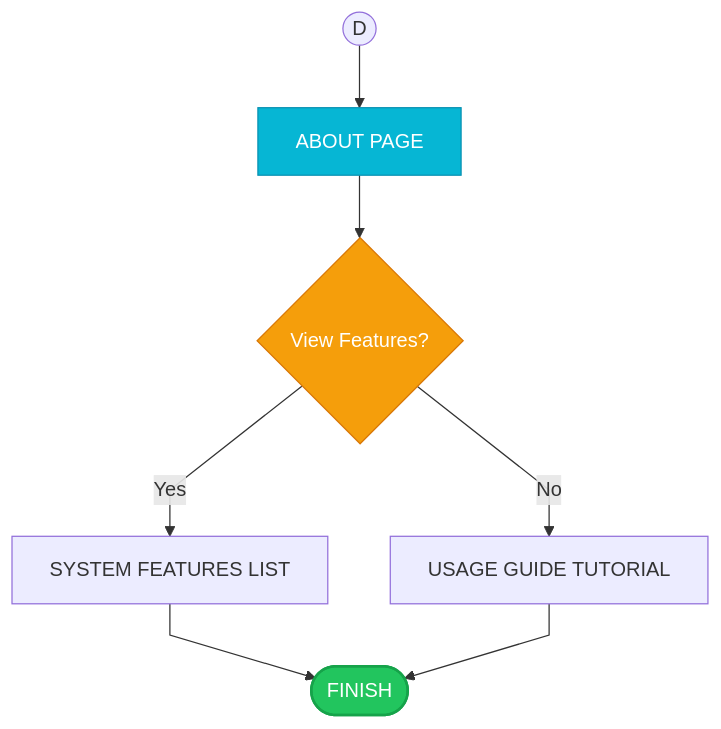
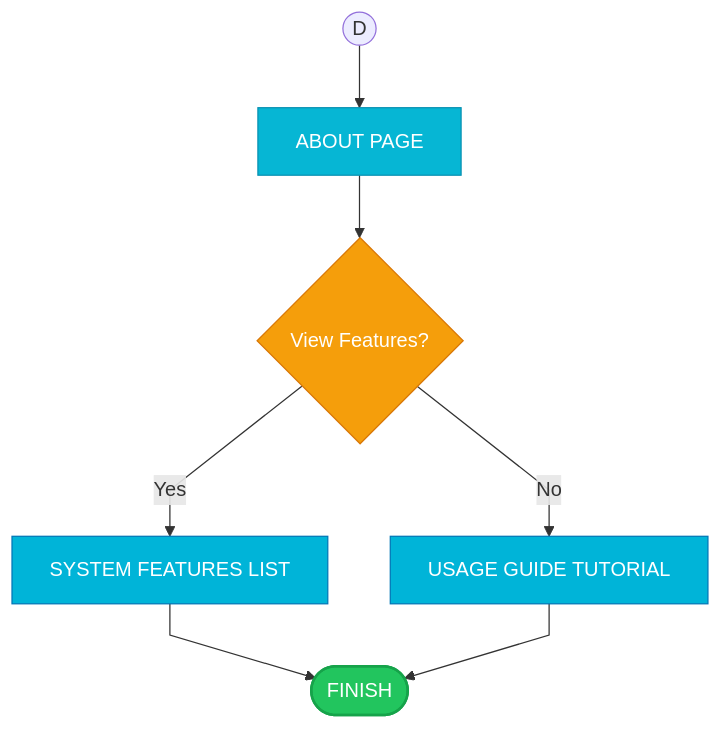
One commit to Yui1003/iCCAT changed the fifth of 8 diagrams in iCCAT-Academic-Flowcharts-Printable.md. Above: the diagram before and after it, drawn with Mermaid. The commit also changed other lines of this file, not shown here.

First line of the commit message:
Complete admin and kiosk flowcharts with academic formatting

````diff
--- a/iCCAT-Academic-Flowcharts-Printable.md
+++ b/iCCAT-Academic-Flowcharts-Printable.md
@@ -149,21 +149,21 @@
 ```mermaid
 %%{init: {'flowchart': {'curve': 'linear', 'nodeSpacing': 50, 'rankSpacing': 50}}}%%
 flowchart TB
     classDef startEnd fill:#22c55e,stroke:#16a34a,color:#fff,stroke-width:2px,rx:20,ry:20
     classDef display fill:#06b6d4,stroke:#0891b2,color:#fff
     classDef action fill:#00b4d8,stroke:#0077b6,color:#fff
     classDef decision fill:#f59e0b,stroke:#d97706,color:#fff
     
     D((D)) --> ABT[ABOUT PAGE]
     ABT --> VIEW_FEAT{View Features?}
     VIEW_FEAT -->|Yes| FEAT[SYSTEM FEATURES LIST]
     VIEW_FEAT -->|No| GUIDE[USAGE GUIDE TUTORIAL]
     
     FEAT --> FINISH([FINISH])
     GUIDE --> FINISH
 
     class FINISH startEnd
     class ABT display
-    class FEAT,GUID eaction
+    class FEAT,GUIDE action
     class VIEW_FEAT decision
 ```
````
